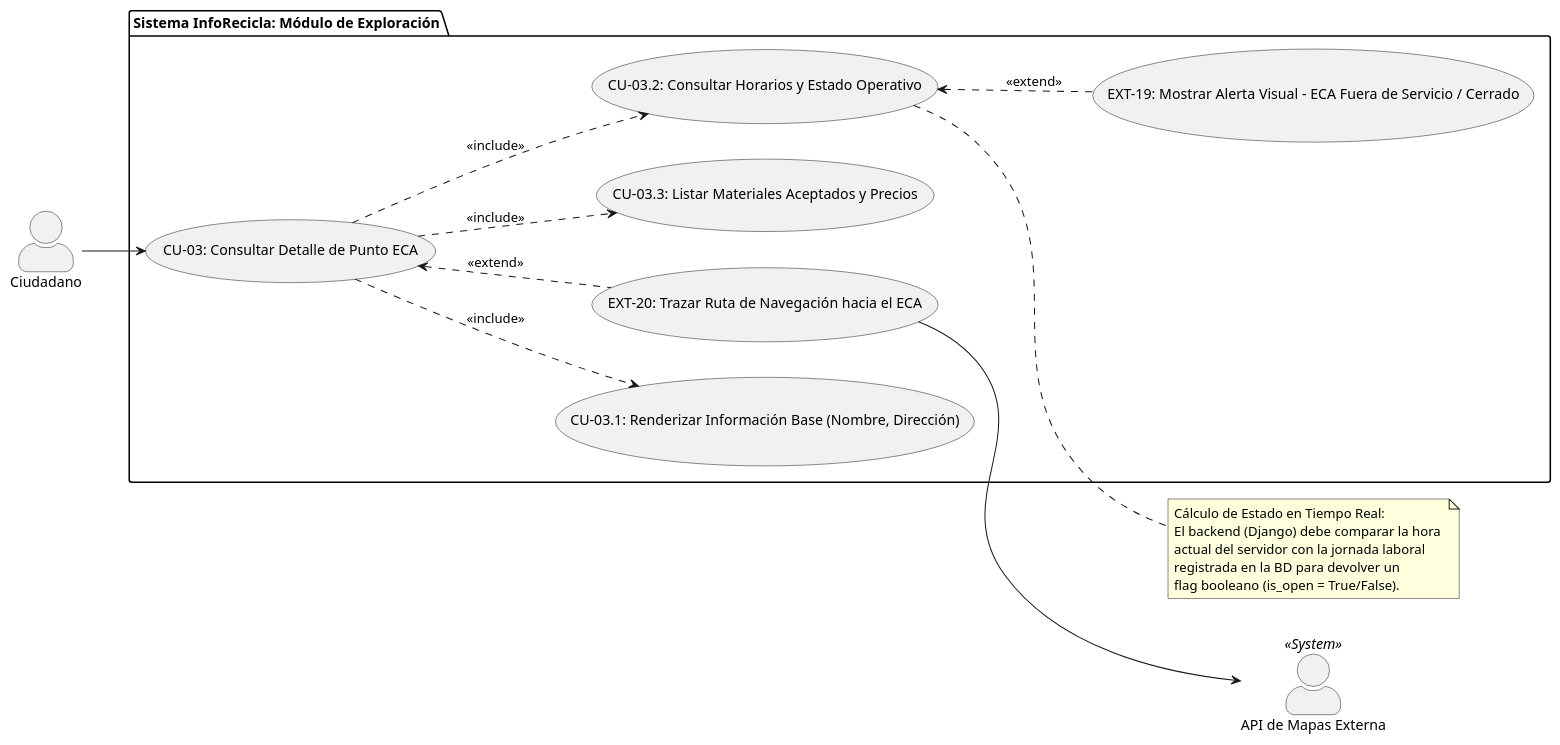
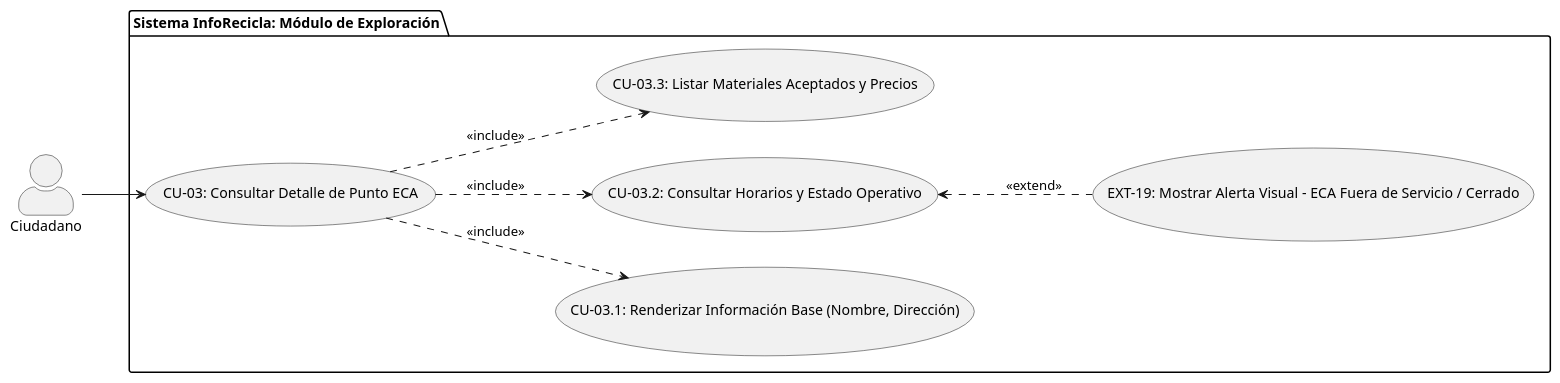
The diagram in docs/casos_uso/CU-03_Consultar Detalle de Punto ECA.puml (ElianMMCode/Inforecicla), drawn with PlantUML before and after one commit. The commit also changed 2 other files, not shown here.

```diff
--- a/docs/casos_uso/CU-03_Consultar Detalle de Punto ECA.puml
+++ b/docs/casos_uso/CU-03_Consultar Detalle de Punto ECA.puml
@@ -1,42 +1,28 @@
 @startuml
 skinparam actorStyle awesome
 left to right direction
 
 actor "Ciudadano" as UserC
-actor "API de Mapas Externa" as MapAPI <<System>>
 
 package "Sistema InfoRecicla: Módulo de Exploración" {
     usecase "CU-03: Consultar Detalle de Punto ECA" as UC_Detail
     
     usecase "CU-03.1: Renderizar Información Base (Nombre, Dirección)" as UC_Base
     usecase "CU-03.2: Consultar Horarios y Estado Operativo" as UC_Time
     usecase "CU-03.3: Listar Materiales Aceptados y Precios" as UC_Mat
     
     usecase "EXT-19: Mostrar Alerta Visual - ECA Fuera de Servicio / Cerrado" as UC_Closed
-    usecase "EXT-20: Trazar Ruta de Navegación hacia el ECA" as UC_Route
 }
 
 ' Relación del Actor Principal
 UserC --> UC_Detail
 
 ' Relaciones de Inclusión (La vista de detalle requiere consolidar todos estos datos)
 UC_Detail ..> UC_Base : <<include>>
 UC_Detail ..> UC_Time : <<include>>
 UC_Detail ..> UC_Mat : <<include>>
 
 ' Relaciones de Extensión (Condiciones dinámicas basadas en el estado o acción del usuario)
 UC_Time <.. UC_Closed : <<extend>>
-UC_Detail <.. UC_Route : <<extend>>
-
-' Interacción con el sistema externo para el trazado de rutas
-UC_Route --> MapAPI
-
-note right of UC_Time
-  Cálculo de Estado en Tiempo Real:
-  El backend (Django) debe comparar la hora 
-  actual del servidor con la jornada laboral 
-  registrada en la BD para devolver un 
-  flag booleano (is_open = True/False).
-end note
 
 @enduml
```
